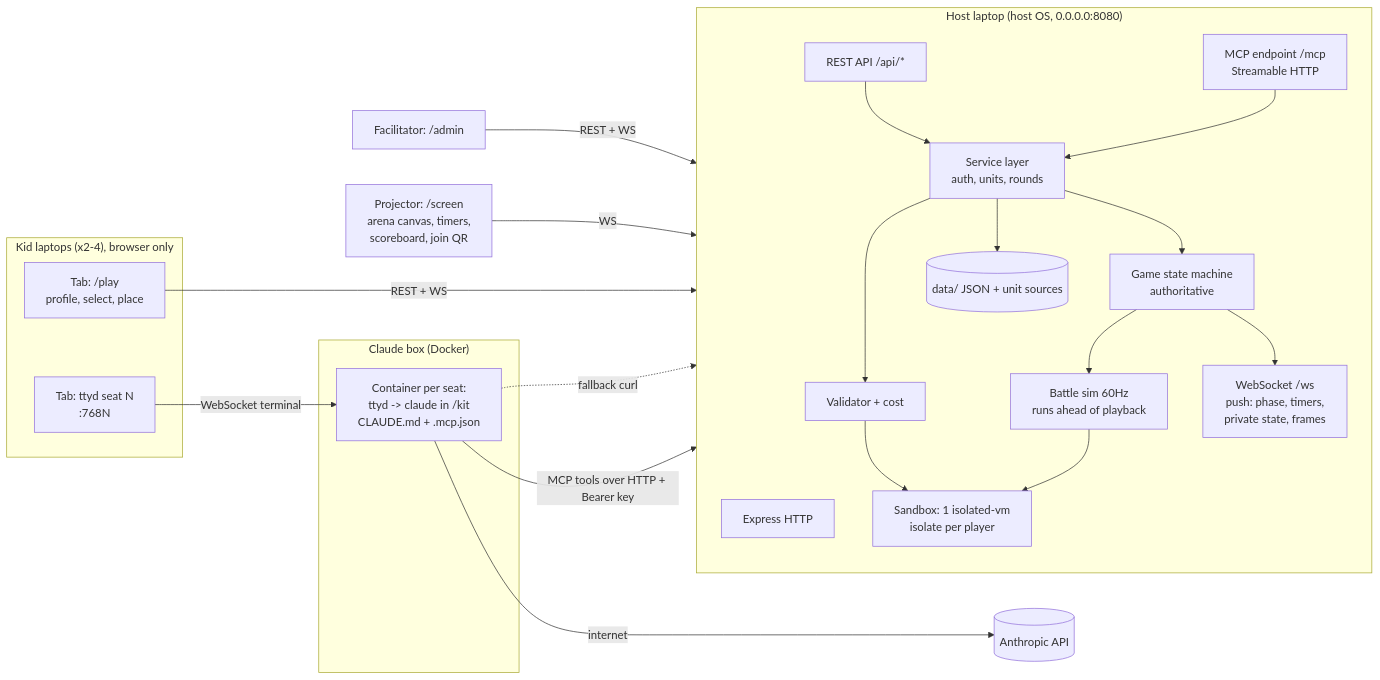
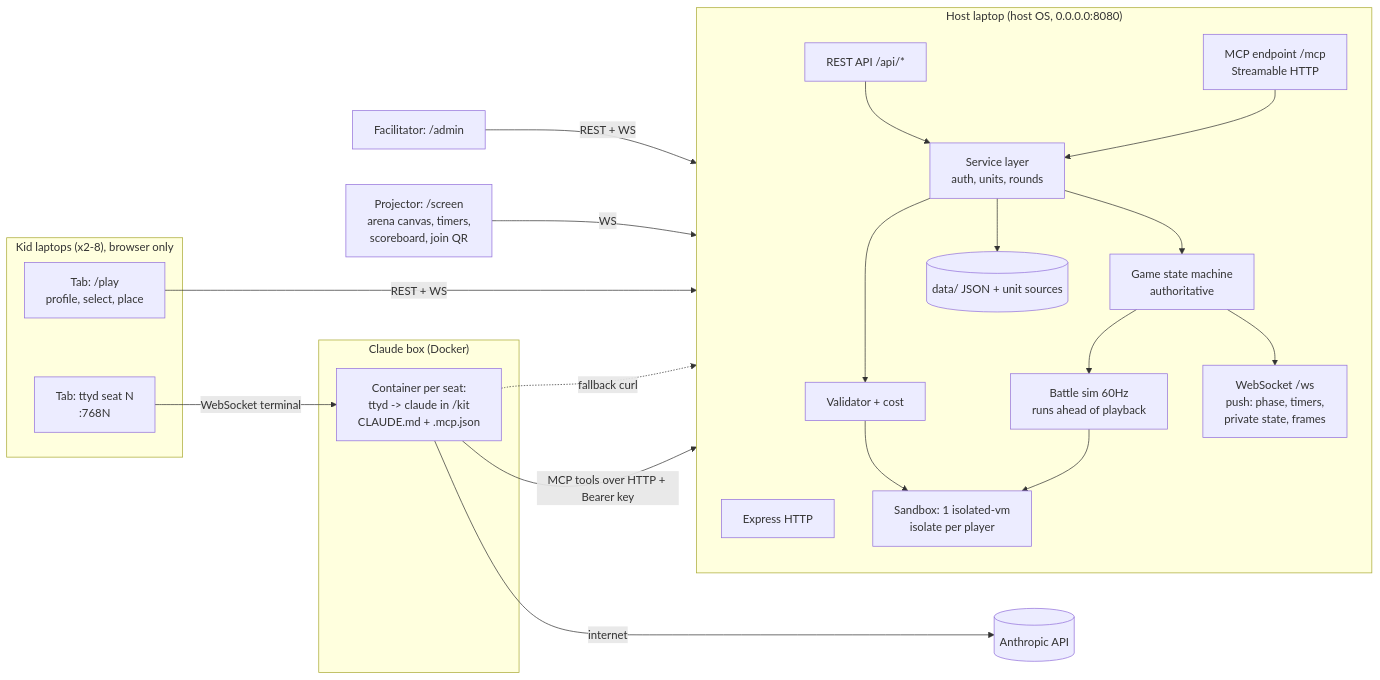
Before and after one commit to redging-very-well/ai-coding-arena: the first of 2 diagrams in plan.md, drawn with Mermaid. The commit also changed other lines of this file, not shown here.

````diff
--- a/plan.md
+++ b/plan.md
@@ -34,39 +34,39 @@
 ```mermaid
 flowchart LR
-  subgraph KIDS["Kid laptops (x2-4), browser only"]
+  subgraph KIDS["Kid laptops (x2-8), browser only"]
     PB[Tab: /play<br/>profile, select, place]
     TT[Tab: ttyd seat N<br/>:768N]
   end
   subgraph CBOX["Claude box (Docker)"]
     CC[Container per seat:<br/>ttyd -> claude in /kit<br/>CLAUDE.md + .mcp.json]
   end
   TT -- WebSocket terminal --> CC
   subgraph HOST["Host laptop (host OS, 0.0.0.0:8080)"]
     direction TB
     HTTP[Express HTTP]
     REST[REST API /api/*]
     MCP[MCP endpoint /mcp<br/>Streamable HTTP]
     WS[WebSocket /ws<br/>push: phase, timers,<br/>private state, frames]
     SVC[Service layer<br/>auth, units, rounds]
     SM[Game state machine<br/>authoritative]
     VAL[Validator + cost]
     SIM[Battle sim 60Hz<br/>runs ahead of playback]
     SBX[Sandbox: 1 isolated-vm<br/>isolate per player]
     STORE[(data/ JSON + unit sources)]
     REST --> SVC
     MCP --> SVC
     SVC --> SM
     SVC --> VAL --> SBX
     SM --> SIM --> SBX
     SM --> WS
     SVC --> STORE
   end
   PROJ[Projector: /screen<br/>arena canvas, timers,<br/>scoreboard, join QR]
   ADMIN[Facilitator: /admin]
   CC -- MCP tools over HTTP + Bearer key --> MCP
   CC -. fallback curl .-> REST
   PB -- REST + WS --> HTTP
   PROJ -- WS --> HTTP
   ADMIN -- REST + WS --> HTTP
   CC -- internet --> ANTH[(Anthropic API)]
 ```
````
